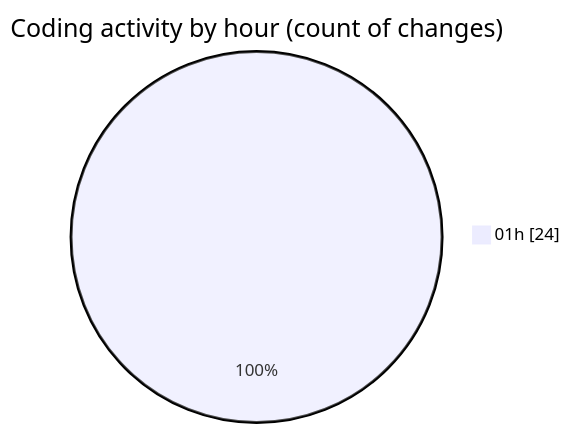
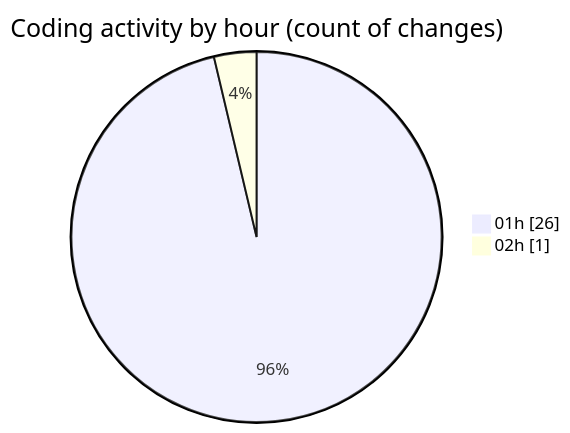
One commit to Elitesun/code-tracking changed the second of 2 diagrams in 2025-03-09/fakeme/README.md. Above: the diagram before and after it, drawn with Mermaid. The commit also changed other lines of this file and 1 other file, not shown here.

````diff
--- a/2025-03-09/fakeme/README.md
+++ b/2025-03-09/fakeme/README.md
@@ -34,5 +34,6 @@
 ```mermaid
 pie showData
 title Coding activity by hour (count of changes)
-"01h" : 24
+"01h" : 26
+"02h" : 1
 ```
````
